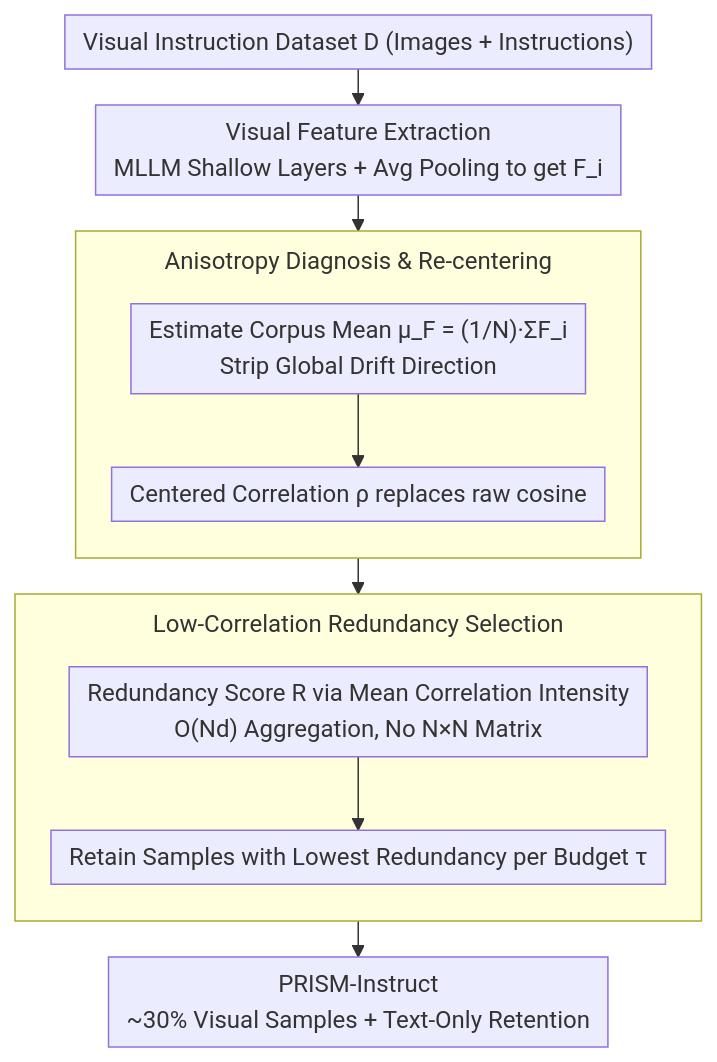
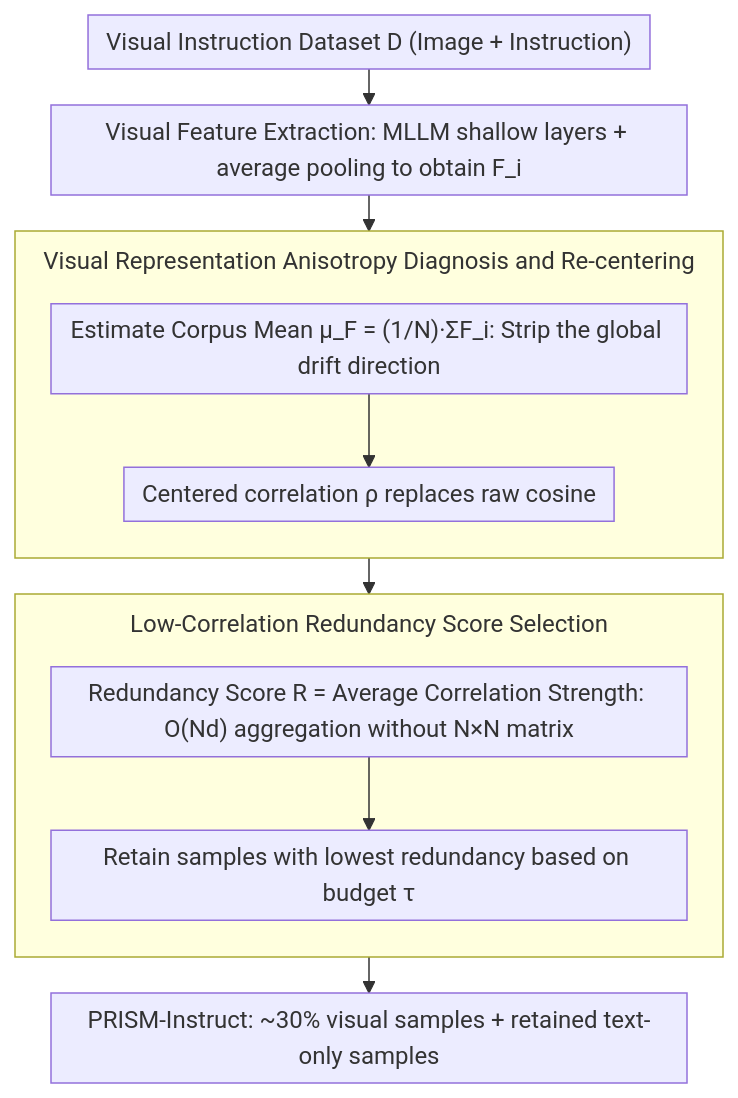
Before and after one commit to zhaoyang97/Paper-Notes-en: the diagram in docs/ACL2026/multimodal_vlm/prism_self-pruning_intrinsic_selection_method_for_training-free_multimodal_data_.md, drawn with Mermaid. The commit also changed other lines of this file and 5084 other files, not shown here.

````diff
--- a/docs/ACL2026/multimodal_vlm/prism_self-pruning_intrinsic_selection_method_for_training-free_multimodal_data_.md
+++ b/docs/ACL2026/multimodal_vlm/prism_self-pruning_intrinsic_selection_method_for_training-free_multimodal_data_.md
@@ -48,16 +48,16 @@
 ```mermaid
 %%{init: {'flowchart': {'rankSpacing': 24, 'nodeSpacing': 28, 'padding': 6, 'wrappingWidth': 400, 'subGraphTitleMargin': {'top': 8, 'bottom': 16}}}}%%
 flowchart TD
-    A["Visual Instruction Dataset D (Images + Instructions)"] --> B["Visual Feature Extraction<br/>MLLM Shallow Layers + Avg Pooling to get F_i"]
+    A["Visual Instruction Dataset D (Image + Instruction)"] --> B["Visual Feature Extraction: MLLM shallow layers + average pooling to obtain F_i"]
     B --> RC
-    subgraph RC["Anisotropy Diagnosis & Re-centering"]
+    subgraph RC["Visual Representation Anisotropy Diagnosis and Re-centering"]
         direction TB
-        C["Estimate Corpus Mean μ_F = (1/N)·ΣF_i<br/>Strip Global Drift Direction"] --> D["Centered Correlation ρ replaces raw cosine"]
+        C["Estimate Corpus Mean μ_F = (1/N)·ΣF_i: Strip the global drift direction"] --> D["Centered correlation ρ replaces raw cosine"]
     end
     RC --> RS
-    subgraph RS["Low-Correlation Redundancy Selection"]
+    subgraph RS["Low-Correlation Redundancy Score Selection"]
         direction TB
-        E["Redundancy Score R via Mean Correlation Intensity<br/>O(Nd) Aggregation, No N×N Matrix"] --> F["Retain Samples with Lowest Redundancy per Budget τ"]
+        E["Redundancy Score R = Average Correlation Strength: O(Nd) aggregation without N×N matrix"] --> F["Retain samples with lowest redundancy based on budget τ"]
     end
-    RS --> G["PRISM-Instruct<br/>~30% Visual Samples + Text-Only Retention"]
+    RS --> G["PRISM-Instruct: ~30% visual samples + retained text-only samples"]
 ```
````
